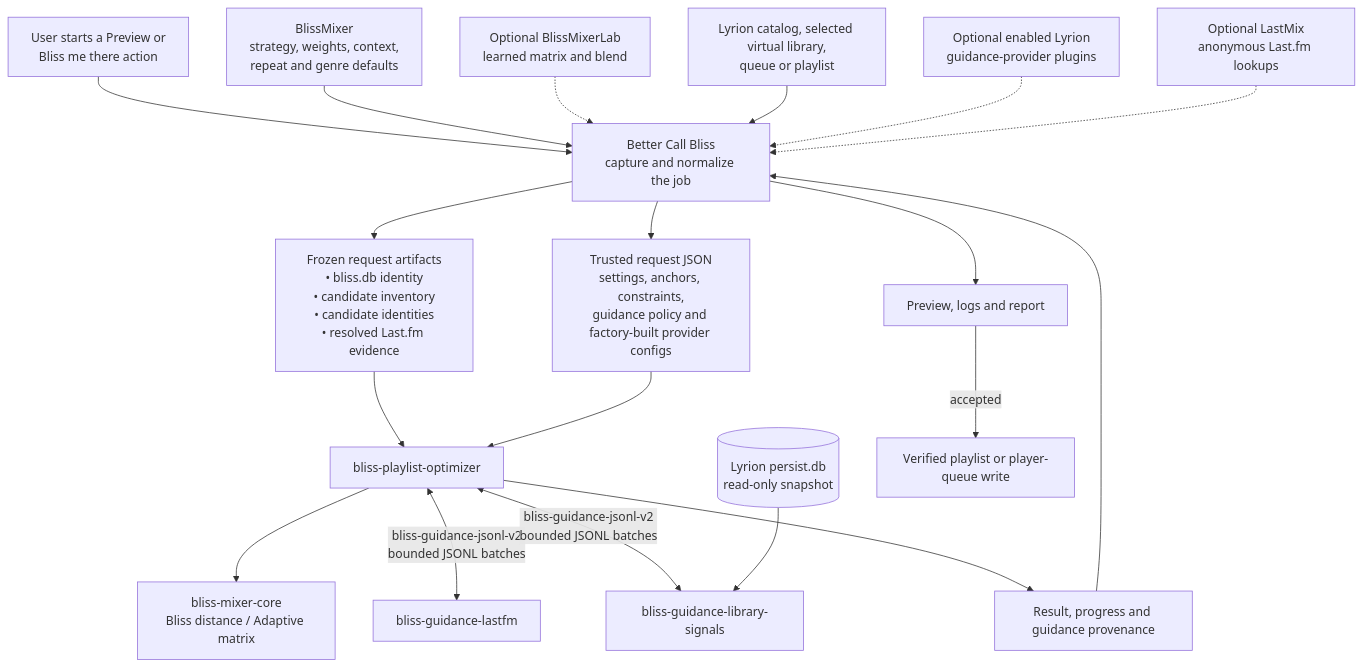
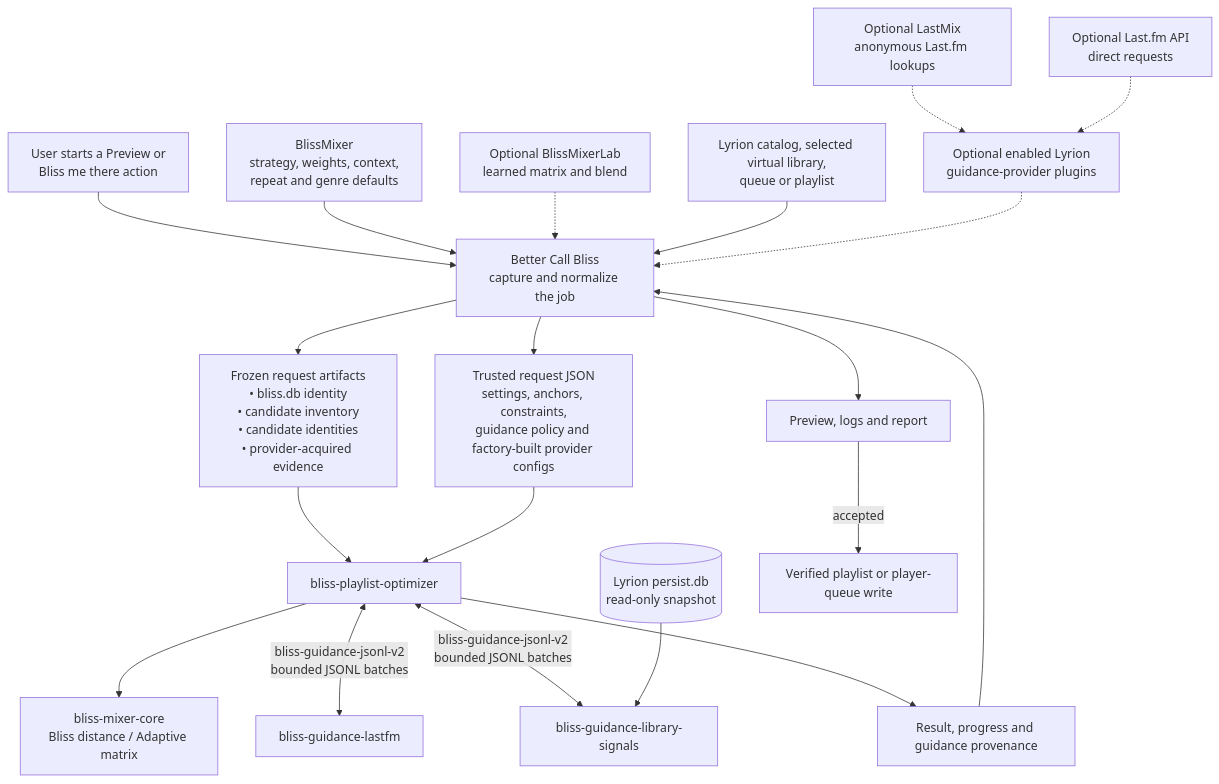
The first of 6 diagrams in docs/GUIDANCE_DATA_FLOW.md (chrober/lms-better-call-bliss), drawn with Mermaid before and after one commit. The commit also changed other lines of this file and 7 other files, not shown here.

Commit message:
docs: make Last.fm guidance provider-owned

````diff
--- a/docs/GUIDANCE_DATA_FLOW.md
+++ b/docs/GUIDANCE_DATA_FLOW.md
@@ -20,24 +20,25 @@
 ```mermaid
 flowchart TB
     U["User starts a Preview or<br/>Bliss me there action"] --> B
     BM["BlissMixer<br/>strategy, weights, context,<br/>repeat and genre defaults"] --> B["Better Call Bliss<br/>capture and normalize the job"]
     LAB["Optional BlissMixerLab<br/>learned matrix and blend"] -.-> B
     LMS["Lyrion catalog, selected virtual library,<br/>queue or playlist"] --> B
     GP["Optional enabled Lyrion<br/>guidance-provider plugins"] -.-> B
-    LM["Optional LastMix<br/>anonymous Last.fm lookups"] -.-> B
+    LM["Optional LastMix<br/>anonymous Last.fm lookups"] -.-> GP
+    API["Optional Last.fm API<br/>direct requests"] -.-> GP
 
-    B --> I["Frozen request artifacts<br/>• bliss.db identity<br/>• candidate inventory<br/>• candidate identities<br/>• resolved Last.fm evidence"]
+    B --> I["Frozen request artifacts<br/>• bliss.db identity<br/>• candidate inventory<br/>• candidate identities<br/>• provider-acquired evidence"]
     B --> R["Trusted request JSON<br/>settings, anchors, constraints,<br/>guidance policy and factory-built provider configs"]
     I --> O["bliss-playlist-optimizer"]
     R --> O
 
     O --> C["bliss-mixer-core<br/>Bliss distance / Adaptive matrix"]
     O <-->|"bliss-guidance-jsonl-v2<br/>bounded JSONL batches"| L["bliss-guidance-lastfm"]
     O <-->|"bliss-guidance-jsonl-v2<br/>bounded JSONL batches"| P["bliss-guidance-library-signals"]
     DB[("Lyrion persist.db<br/>read-only snapshot")] --> P
 
     O --> A["Result, progress and guidance provenance"]
     A --> B
     B --> V["Preview, logs and report"]
     V -->|"accepted"| W["Verified playlist or player-queue write"]
 ```
````
